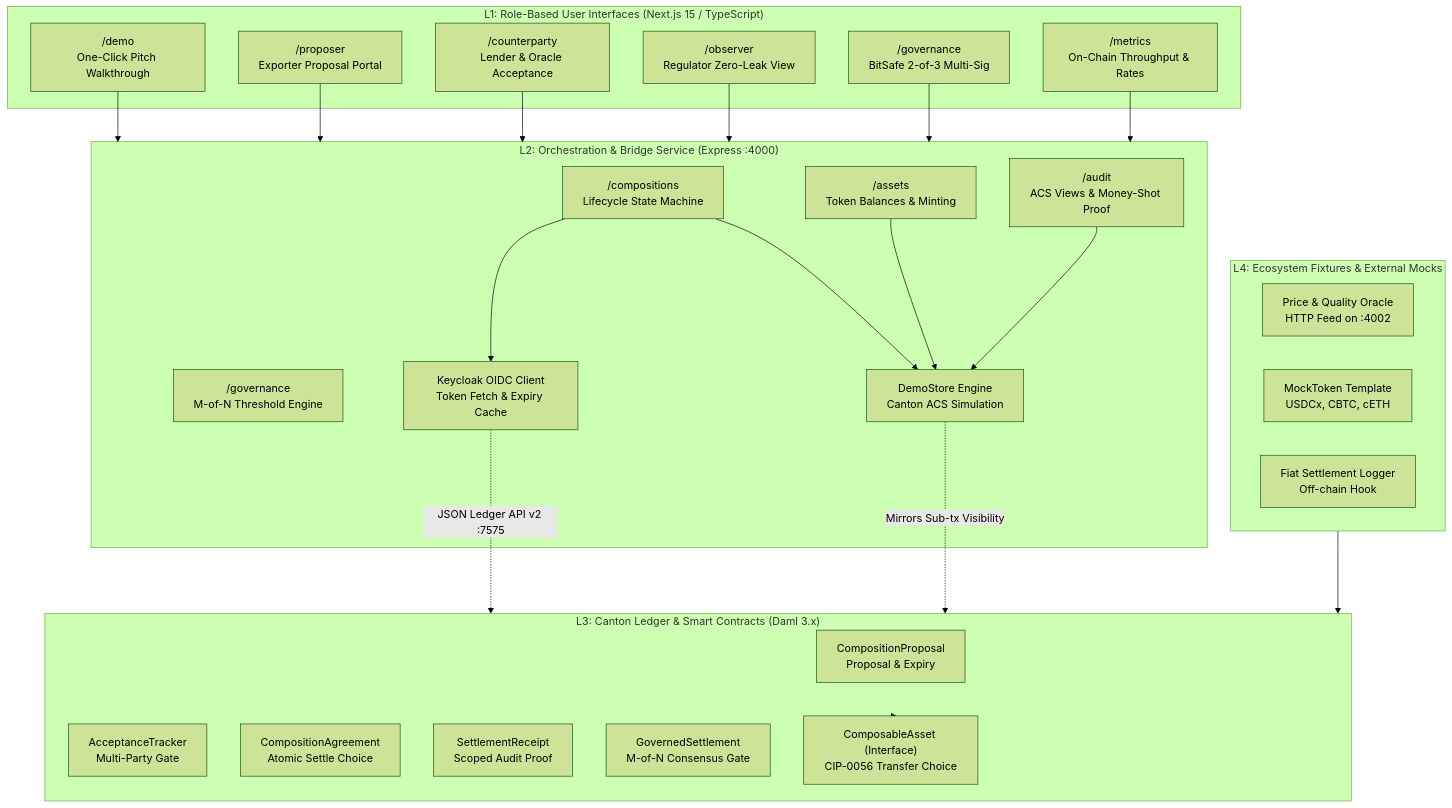
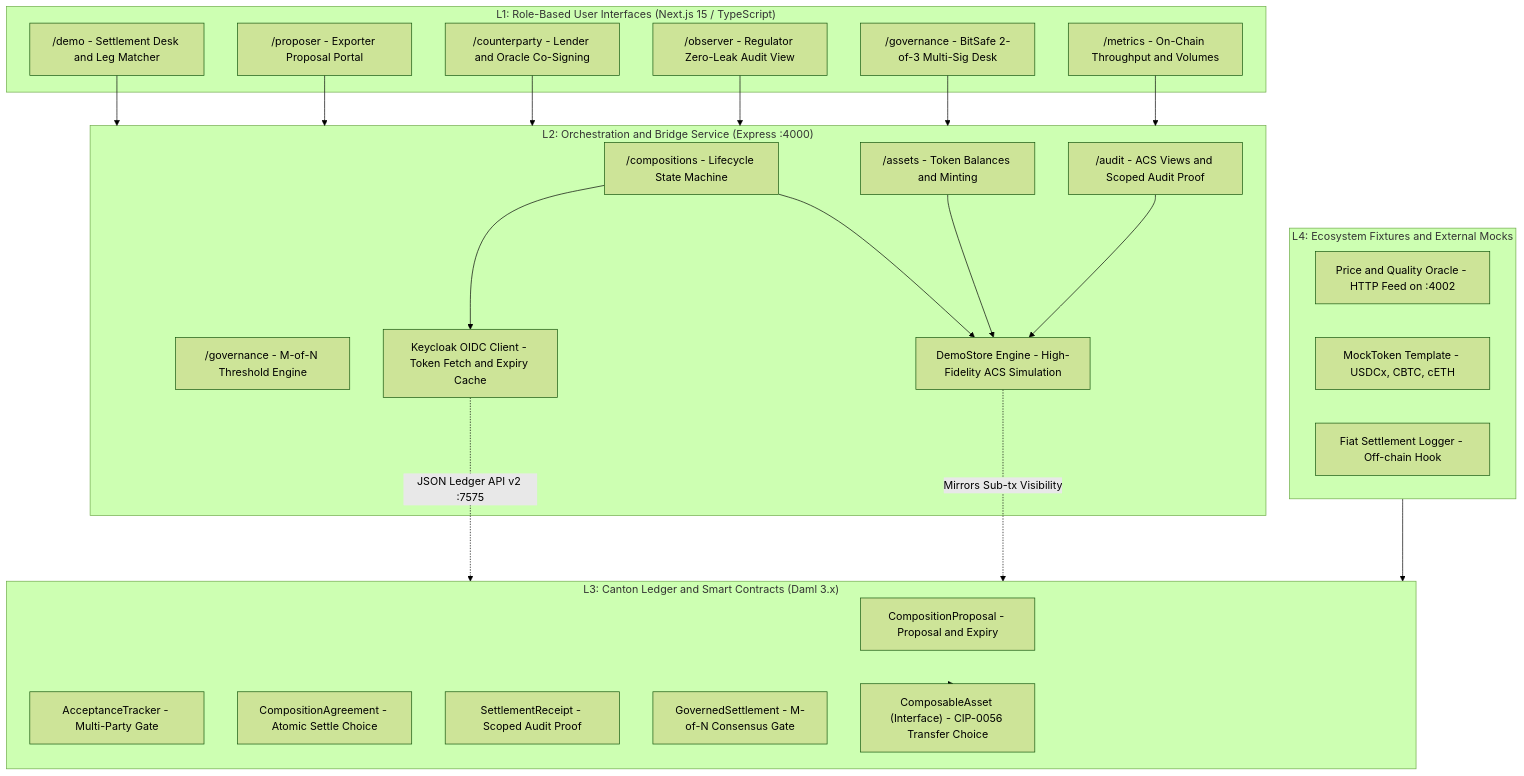
The first of 10 diagrams in docs/ARCHITECTURE.md (BikkoFarms/Composition-Protocol), drawn with Mermaid (forest theme) before and after one commit. The commit also changed other lines of this file and 2 other files, not shown here.

Commit message:
fix(demo,navbar,docs): retain active/settled trades across refresh, update navbar ledger label, and expand architectural specification

````diff
--- a/docs/ARCHITECTURE.md
+++ b/docs/ARCHITECTURE.md
@@ -11,52 +31,52 @@
 ```mermaid
 graph TD
     subgraph L1["L1: Role-Based User Interfaces (Next.js 15 / TypeScript)"]
-        UI_DEMO["/demo<br/>One-Click Pitch Walkthrough"]
-        UI_PROP["/proposer<br/>Exporter Proposal Portal"]
-        UI_CPTY["/counterparty<br/>Lender & Oracle Acceptance"]
-        UI_OBS["/observer<br/>Regulator Zero-Leak View"]
-        UI_GOV["/governance<br/>BitSafe 2-of-3 Multi-Sig"]
-        UI_MET["/metrics<br/>On-Chain Throughput & Rates"]
+        UI_DEMO["/demo - Settlement Desk and Leg Matcher"]
+        UI_PROP["/proposer - Exporter Proposal Portal"]
+        UI_CPTY["/counterparty - Lender and Oracle Co-Signing"]
+        UI_OBS["/observer - Regulator Zero-Leak Audit View"]
+        UI_GOV["/governance - BitSafe 2-of-3 Multi-Sig Desk"]
+        UI_MET["/metrics - On-Chain Throughput and Volumes"]
     end
 
-    subgraph L2["L2: Orchestration & Bridge Service (Express :4000)"]
-        RT_COMP["/compositions<br/>Lifecycle State Machine"]
-        RT_ASSET["/assets<br/>Token Balances & Minting"]
-        RT_AUDIT["/audit<br/>ACS Views & Money-Shot Proof"]
-        RT_GOV["/governance<br/>M-of-N Threshold Engine"]
-        MEM_STORE["DemoStore Engine<br/>Canton ACS Simulation"]
-        OIDC_MGR["Keycloak OIDC Client<br/>Token Fetch & Expiry Cache"]
+    subgraph L2["L2: Orchestration and Bridge Service (Express :4000)"]
+        RT_COMP["/compositions - Lifecycle State Machine"]
+        RT_ASSET["/assets - Token Balances and Minting"]
+        RT_AUDIT["/audit - ACS Views and Scoped Audit Proof"]
+        RT_GOV["/governance - M-of-N Threshold Engine"]
+        MEM_STORE["DemoStore Engine - High-Fidelity ACS Simulation"]
+        OIDC_MGR["Keycloak OIDC Client - Token Fetch and Expiry Cache"]
     end
 
-    subgraph L3["L3: Canton Ledger & Smart Contracts (Daml 3.x)"]
-        CONTRACT_PROP["CompositionProposal<br/>Proposal & Expiry"]
-        CONTRACT_TRACK["AcceptanceTracker<br/>Multi-Party Gate"]
-        CONTRACT_AGREE["CompositionAgreement<br/>Atomic Settle Choice"]
-        CONTRACT_RCPT["SettlementReceipt<br/>Scoped Audit Proof"]
-        CONTRACT_GOV["GovernedSettlement<br/>M-of-N Consensus Gate"]
-        IFACE_ASSET["ComposableAsset (Interface)<br/>CIP-0056 Transfer Choice"]
+    subgraph L3["L3: Canton Ledger and Smart Contracts (Daml 3.x)"]
+        CONTRACT_PROP["CompositionProposal - Proposal and Expiry"]
+        CONTRACT_TRACK["AcceptanceTracker - Multi-Party Gate"]
+        CONTRACT_AGREE["CompositionAgreement - Atomic Settle Choice"]
+        CONTRACT_RCPT["SettlementReceipt - Scoped Audit Proof"]
+        CONTRACT_GOV["GovernedSettlement - M-of-N Consensus Gate"]
+        IFACE_ASSET["ComposableAsset (Interface) - CIP-0056 Transfer Choice"]
     end
 
-    subgraph L4["L4: Ecosystem Fixtures & External Mocks"]
-        MOCK_ORACLE["Price & Quality Oracle<br/>HTTP Feed on :4002"]
-        MOCK_TOKEN["MockToken Template<br/>USDCx, CBTC, cETH"]
-        MOCK_FIAT["Fiat Settlement Logger<br/>Off-chain Hook"]
+    subgraph L4["L4: Ecosystem Fixtures and External Mocks"]
+        MOCK_ORACLE["Price and Quality Oracle - HTTP Feed on :4002"]
+        MOCK_TOKEN["MockToken Template - USDCx, CBTC, cETH"]
+        MOCK_FIAT["Fiat Settlement Logger - Off-chain Hook"]
     end
 
     UI_DEMO --> L2
     UI_PROP --> L2
     UI_CPTY --> L2
     UI_OBS --> L2
     UI_GOV --> L2
     UI_MET --> L2
 
     RT_COMP --> OIDC_MGR
     RT_COMP --> MEM_STORE
     RT_ASSET --> MEM_STORE
     RT_AUDIT --> MEM_STORE
 
     OIDC_MGR -.->|JSON Ledger API v2 :7575| L3
     MEM_STORE -.->|Mirrors Sub-tx Visibility| L3
     L3 --> IFACE_ASSET
     L4 --> L3
 ```
````
